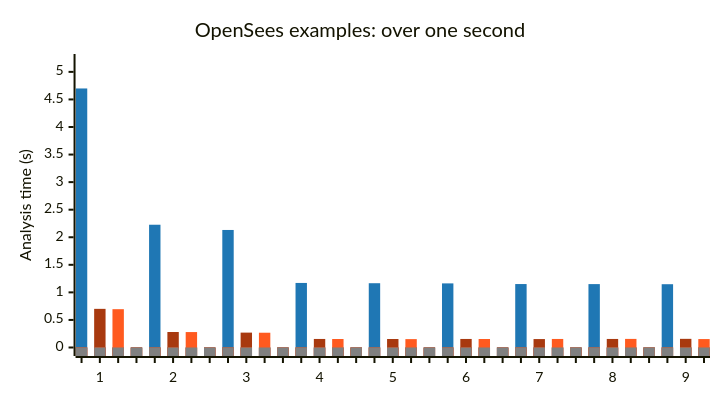
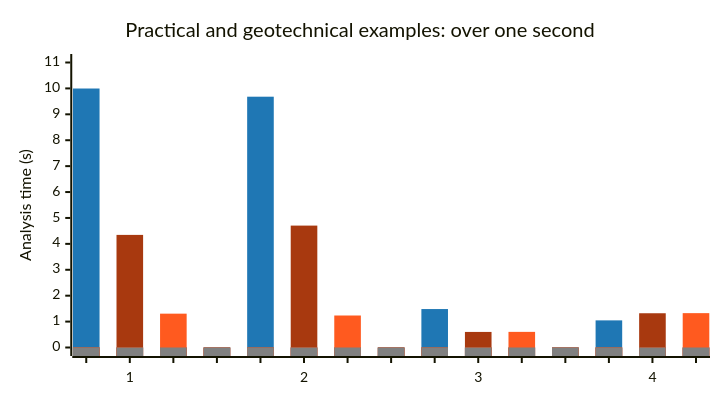
The sixth of 11 diagrams in docs/benchmark-opensees-examples.md (NathanaelRea/Strut), drawn with Mermaid before and after one commit. The commit also changed other lines of this file and 57 other files, not shown here.

````diff
--- a/docs/benchmark-opensees-examples.md
+++ b/docs/benchmark-opensees-examples.md
@@ -94,18 +242,18 @@
 ```mermaid
 ---
 config:
   xyChart:
     height: 380
   themeVariables:
     xyChart:
       plotColorPalette: '#1f77b4, #a8390f, #FF5A1F, #808080'
 ---
 xychart-beta
-    title "OpenSees examples: over one second"
-    x-axis ["​", "1", "​​", "​​​", "​​​​", "2", "​​​​​", "​​​​​​", "​​​​​​​", "3", "​​​​​​​​", "​​​​​​​​​", "​​​​​​​​​​", "4", "​​​​​​​​​​​", "​​​​​​​​​​​​", "​​​​​​​​​​​​​", "5", "​​​​​​​​​​​​​​", "​​​​​​​​​​​​​​​", "​​​​​​​​​​​​​​​​", "6", "​​​​​​​​​​​​​​​​​", "​​​​​​​​​​​​​​​​​​", "​​​​​​​​​​​​​​​​​​​", "7", "​​​​​​​​​​​​​​​​​​​​", "​​​​​​​​​​​​​​​​​​​​​", "​​​​​​​​​​​​​​​​​​​​​​", "8", "​​​​​​​​​​​​​​​​​​​​​​​", "​​​​​​​​​​​​​​​​​​​​​​​​", "​​​​​​​​​​​​​​​​​​​​​​​​​", "9", "​​​​​​​​​​​​​​​​​​​​​​​​​​"]
-    y-axis "Analysis time (s)" 0 --> 5.17
-    bar "opensees" [4.699, 0, 0, 0, 2.227, 0, 0, 0, 2.132, 0, 0, 0, 1.171, 0, 0, 0, 1.166, 0, 0, 0, 1.163, 0, 0, 0, 1.151, 0, 0, 0, 1.150, 0, 0, 0, 1.148, 0, 0]
-    bar "strut" [0, 0.701, 0, 0, 0, 0.281, 0, 0, 0, 0.270, 0, 0, 0, 0.155, 0, 0, 0, 0.154, 0, 0, 0, 0.155, 0, 0, 0, 0.153, 0, 0, 0, 0.155, 0, 0, 0, 0.157, 0]
-    bar "strut-8" [0, 0, 0.695, 0, 0, 0, 0.280, 0, 0, 0, 0.268, 0, 0, 0, 0.154, 0, 0, 0, 0.152, 0, 0, 0, 0.154, 0, 0, 0, 0.155, 0, 0, 0, 0.156, 0, 0, 0, 0.153]
-    bar [0, 0, 0, 0, 0, 0, 0, 0, 0, 0, 0, 0, 0, 0, 0, 0, 0, 0, 0, 0, 0, 0, 0, 0, 0, 0, 0, 0, 0, 0, 0, 0, 0, 0, 0]
+    title "Practical and geotechnical examples: over one second"
+    x-axis ["​", "1", "​​", "​​​", "​​​​", "2", "​​​​​", "​​​​​​", "​​​​​​​", "3", "​​​​​​​​", "​​​​​​​​​", "​​​​​​​​​​", "4", "​​​​​​​​​​​"]
+    y-axis "Analysis time (s)" 0 --> 11.0
+    bar "opensees" [9.996, 0, 0, 0, 9.680, 0, 0, 0, 1.484, 0, 0, 0, 1.047, 0, 0]
+    bar "strut" [0, 4.346, 0, 0, 0, 4.705, 0, 0, 0, 0.601, 0, 0, 0, 1.322, 0]
+    bar "strut-8" [0, 0, 1.306, 0, 0, 0, 1.235, 0, 0, 0, 0.603, 0, 0, 0, 1.326]
+    bar [0, 0, 0, 0, 0, 0, 0, 0, 0, 0, 0, 0, 0, 0, 0]
 ```
````
